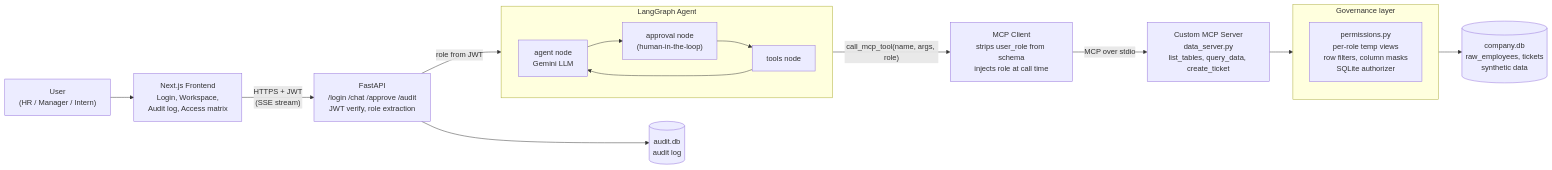
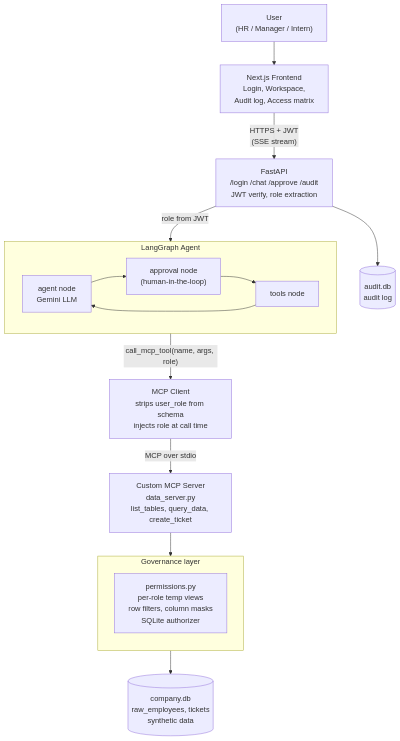
The diagram in README.md (KanupriyaPrachande/MCP-tool-agent-), drawn with Mermaid before and after one commit.

````diff
--- a/README.md
+++ b/README.md
@@ -105,26 +105,27 @@
 ```mermaid
-flowchart LR
+
+flowchart TB
     U["User<br/>(HR / Manager / Intern)"] --> FE["Next.js Frontend<br/>Login, Workspace,<br/>Audit log, Access matrix"]
     FE -- "HTTPS + JWT<br/>(SSE stream)" --> API["FastAPI<br/>/login /chat /approve /audit<br/>JWT verify, role extraction"]
 
     subgraph AGENT["LangGraph Agent"]
         direction LR
         A["agent node<br/>Gemini LLM"] --> AP["approval node<br/>(human-in-the-loop)"]
         AP --> T["tools node"]
         T --> A
     end
 
     API -- "role from JWT" --> AGENT
     API --> AUD[("audit.db<br/>audit log")]
 
     T -- "call_mcp_tool(name, args, role)" --> MC["MCP Client<br/>strips user_role from schema<br/>injects role at call time"]
     MC -- "MCP over stdio" --> MS["Custom MCP Server<br/>data_server.py<br/>list_tables, query_data, create_ticket"]
 
     subgraph GOV["Governance layer"]
         direction TB
         PL["permissions.py<br/>per-role temp views<br/>row filters, column masks<br/>SQLite authorizer"]
     end
 
     MS --> PL
     PL --> DB[("company.db<br/>raw_employees, tickets<br/>synthetic data")]
 ```
````
